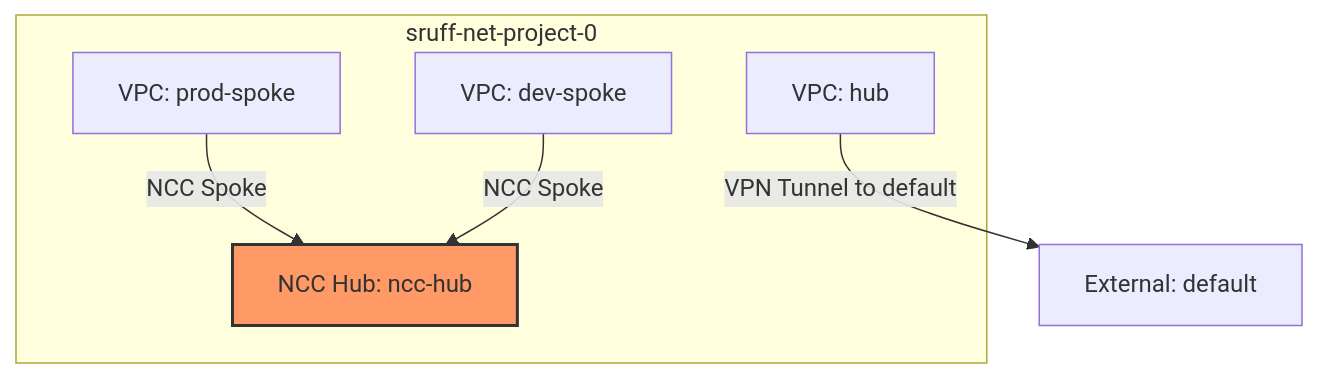
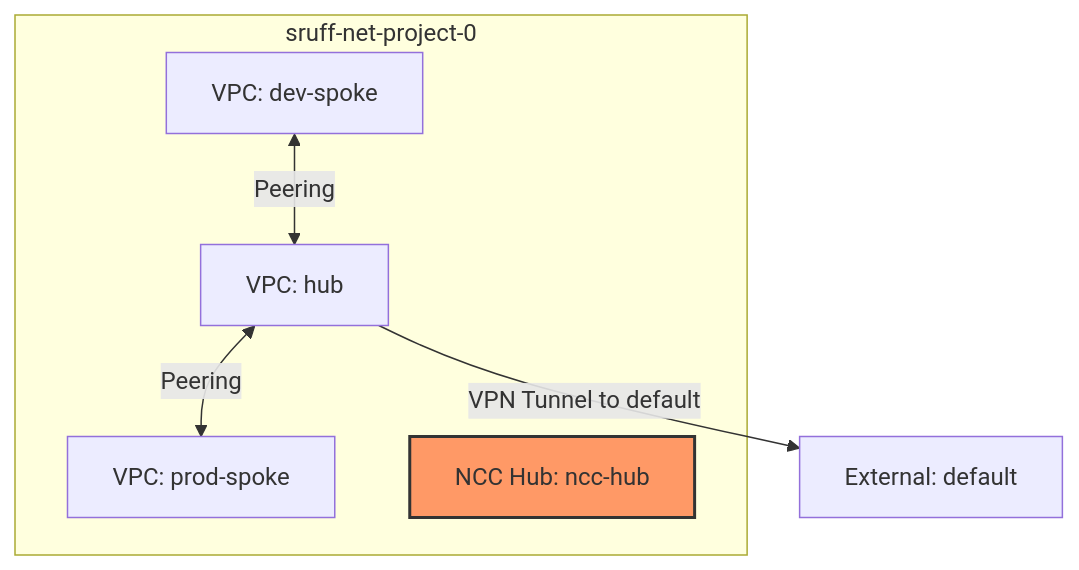
The diagram in fast/stages/2-networking-factory/_experimental/network_diagram.md (GoogleCloudPlatform/cloud-foundation-fabric), drawn with Mermaid before and after one commit. The commit also changed 28 other files, not shown here.

````diff
--- a/fast/stages/2-networking-factory/_experimental/network_diagram.md
+++ b/fast/stages/2-networking-factory/_experimental/network_diagram.md
@@ -1,14 +1,14 @@
 ```mermaid
 graph TD
     classDef nccHub fill:#f96,stroke:#333,stroke-width:2px;
     subgraph "sruff-net-project-0"
         dev-spoke["VPC: dev-spoke"]
         hub["VPC: hub"]
         prod-spoke["VPC: prod-spoke"]
         ncc-hub["NCC Hub: ncc-hub"]:::nccHub
     end
+    dev-spoke <-->|Peering| hub
+    hub <-->|Peering| prod-spoke
     hub -->|VPN Tunnel to default| default
-    prod-spoke -->|NCC Spoke| ncc-hub
-    dev-spoke -->|NCC Spoke| ncc-hub
     default["External: default"]
 ```
````
